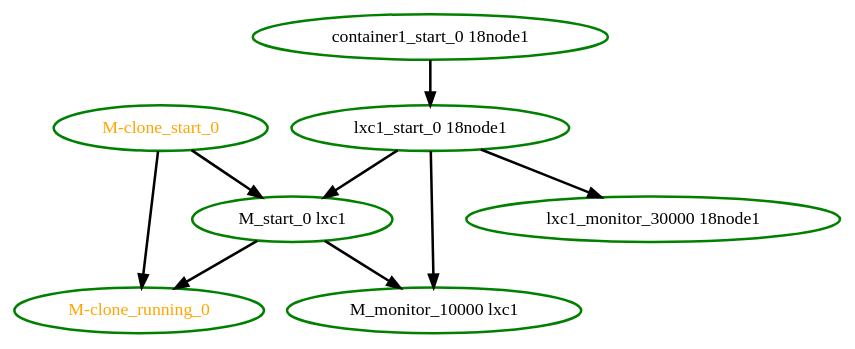
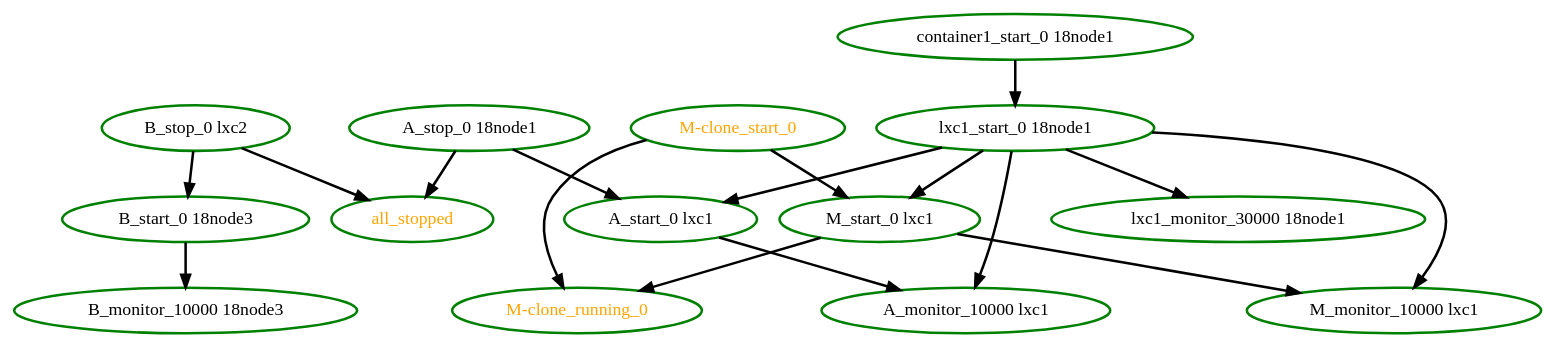
Before and after one commit to ClusterLabs/pacemaker: the diagram in pengine/test10/whitebox-start.dot, drawn with Graphviz. The commit also changed 9 other files, not shown here.

```diff
--- a/pengine/test10/whitebox-start.dot
+++ b/pengine/test10/whitebox-start.dot
@@ -1,17 +1,32 @@
 digraph "g" {
+"A_monitor_10000 lxc1" [ style=bold color="green" fontcolor="black"]
+"A_start_0 lxc1" -> "A_monitor_10000 lxc1" [ style = bold]
+"A_start_0 lxc1" [ style=bold color="green" fontcolor="black"]
+"A_stop_0 18node1" -> "A_start_0 lxc1" [ style = bold]
+"A_stop_0 18node1" -> "all_stopped" [ style = bold]
+"A_stop_0 18node1" [ style=bold color="green" fontcolor="black"]
+"B_monitor_10000 18node3" [ style=bold color="green" fontcolor="black"]
+"B_start_0 18node3" -> "B_monitor_10000 18node3" [ style = bold]
+"B_start_0 18node3" [ style=bold color="green" fontcolor="black"]
+"B_stop_0 lxc2" -> "B_start_0 18node3" [ style = bold]
+"B_stop_0 lxc2" -> "all_stopped" [ style = bold]
+"B_stop_0 lxc2" [ style=bold color="green" fontcolor="black"]
 "M-clone_running_0" [ style=bold color="green" fontcolor="orange"]
 "M-clone_start_0" -> "M-clone_running_0" [ style = bold]
 "M-clone_start_0" -> "M_start_0 lxc1" [ style = bold]
 "M-clone_start_0" [ style=bold color="green" fontcolor="orange"]
 "M_monitor_10000 lxc1" [ style=bold color="green" fontcolor="black"]
 "M_start_0 lxc1" -> "M-clone_running_0" [ style = bold]
 "M_start_0 lxc1" -> "M_monitor_10000 lxc1" [ style = bold]
 "M_start_0 lxc1" [ style=bold color="green" fontcolor="black"]
+"all_stopped" [ style=bold color="green" fontcolor="orange"]
 "container1_start_0 18node1" -> "lxc1_start_0 18node1" [ style = bold]
 "container1_start_0 18node1" [ style=bold color="green" fontcolor="black"]
 "lxc1_monitor_30000 18node1" [ style=bold color="green" fontcolor="black"]
+"lxc1_start_0 18node1" -> "A_monitor_10000 lxc1" [ style = bold]
+"lxc1_start_0 18node1" -> "A_start_0 lxc1" [ style = bold]
 "lxc1_start_0 18node1" -> "M_monitor_10000 lxc1" [ style = bold]
 "lxc1_start_0 18node1" -> "M_start_0 lxc1" [ style = bold]
 "lxc1_start_0 18node1" -> "lxc1_monitor_30000 18node1" [ style = bold]
 "lxc1_start_0 18node1" [ style=bold color="green" fontcolor="black"]
 }
```
